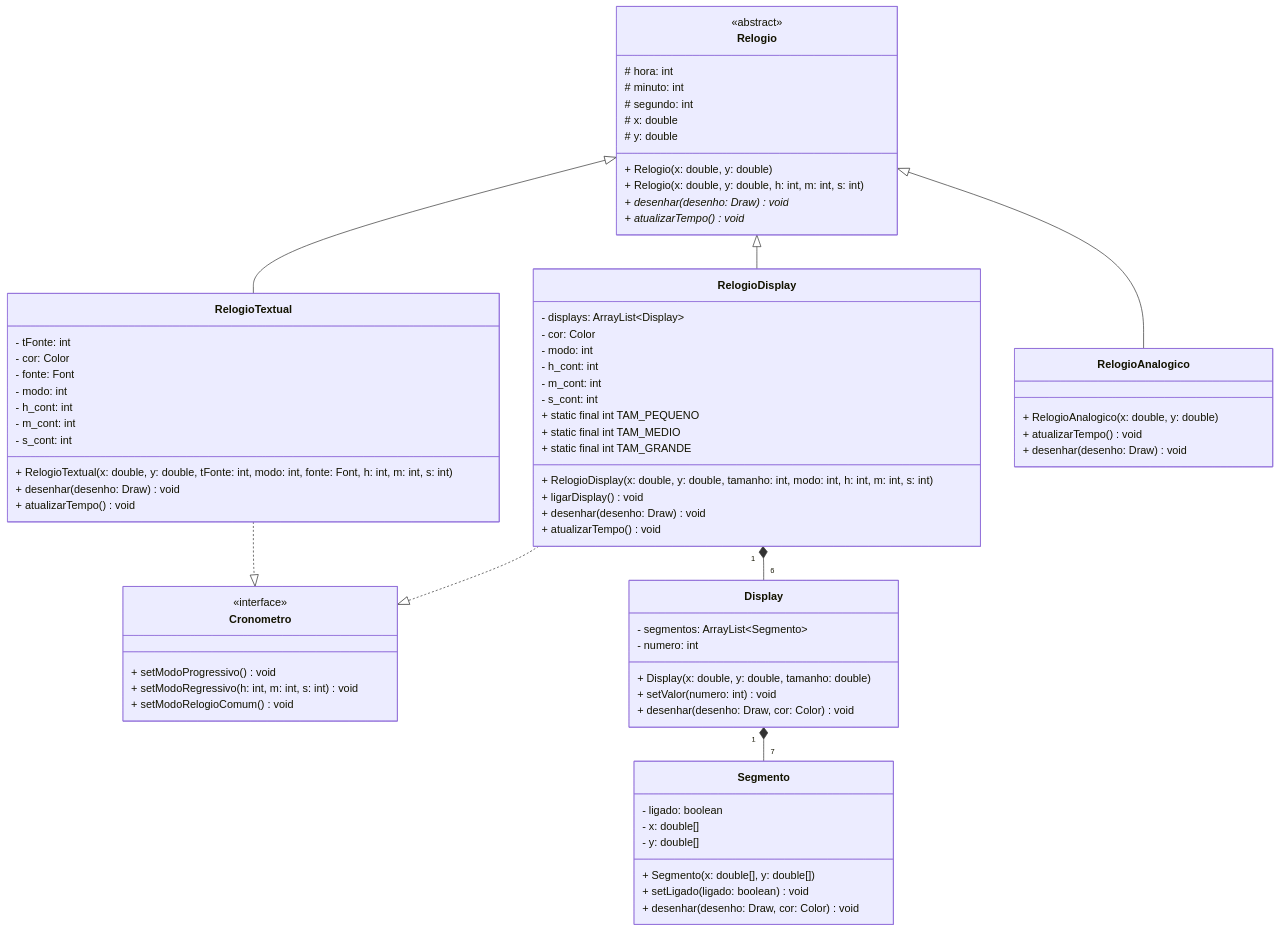
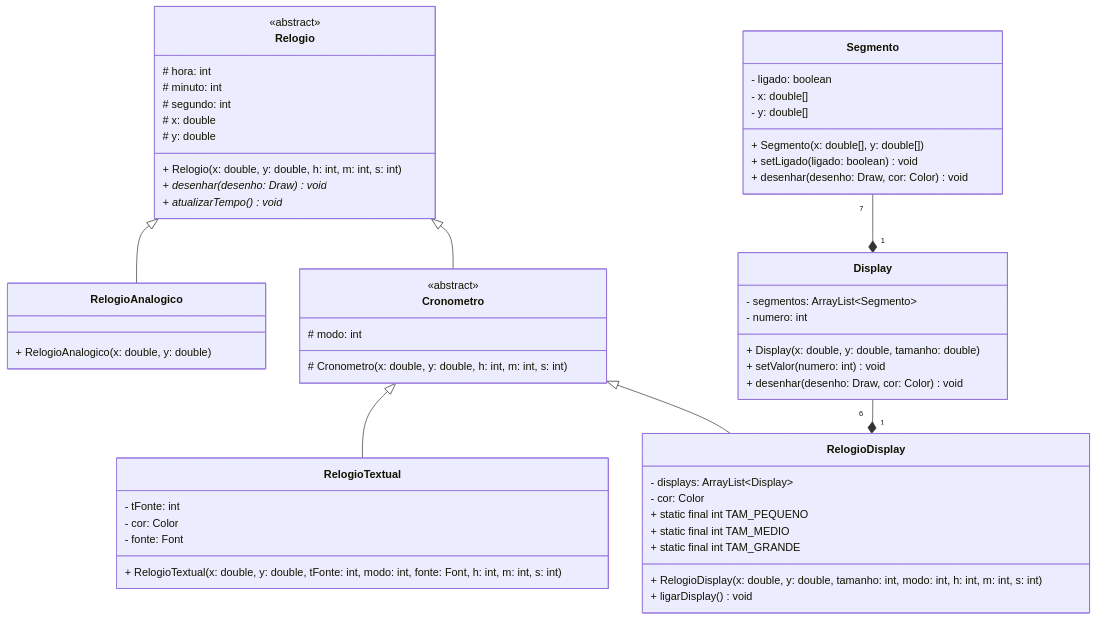
The diagram in lab_06/README.md (sfvini/POO), drawn with Mermaid before and after one commit. The commit also changed 5 other files, not shown here.

````diff
--- a/lab_06/README.md
+++ b/lab_06/README.md
@@ -1,12 +1,12 @@
 ```mermaid
 classDiagram
-    
-    RelogioDisplay ..|> Cronometro
-    RelogioTextual ..|> Cronometro
-    
-    Relogio <|-- RelogioAnalogico
-    Relogio <|-- RelogioDisplay
-    Relogio <|-- RelogioTextual
+    direction BT
+
+    RelogioTextual --|> Cronometro
+    RelogioAnalogico --|> Relogio
+    RelogioDisplay --|> Cronometro
+
+    Cronometro --|> Relogio
 
     RelogioDisplay "1" *-- "6" Display
     Display "1" *-- "7" Segmento
@@ -18,52 +18,37 @@
         # segundo: int
         # x: double
         # y: double
-        + Relogio(x: double, y: double)
         + Relogio(x: double, y: double, h: int, m: int, s: int)
         + desenhar(desenho: Draw)* void
         + atualizarTempo()* void
     }
 
     class Cronometro {
-        <<interface>>
-        + setModoProgressivo() void
-        + setModoRegressivo(h: int, m: int, s: int) void
-        + setModoRelogioComum() void
+        <<abstract>>
+        # modo: int
+        # Cronometro(x: double, y: double, h: int, m: int, s: int)
     }
 
     class RelogioDisplay {
         - displays: ArrayList~Display~
         - cor: Color
-        - modo: int
-        - h_cont: int
-        - m_cont: int
-        - s_cont: int
         + static final int TAM_PEQUENO
         + static final int TAM_MEDIO
         + static final int TAM_GRANDE
         + RelogioDisplay(x: double, y: double, tamanho: int, modo: int, h: int, m: int, s: int)
         + ligarDisplay() void
-        + desenhar(desenho: Draw) void
-        + atualizarTempo() void
     }
 
     class RelogioTextual {
         - tFonte: int
         - cor: Color
         - fonte: Font
-        - modo: int
-        - h_cont: int
-        - m_cont: int
-        - s_cont: int
         + RelogioTextual(x: double, y: double, tFonte: int, modo: int, fonte: Font, h: int, m: int, s: int)
-        + desenhar(desenho: Draw) void
-        + atualizarTempo() void
+
     }
 
     class RelogioAnalogico {
         + RelogioAnalogico(x: double, y: double)
-        + atualizarTempo() void
-        + desenhar(desenho: Draw) void
     }
 
     class Display {
````
